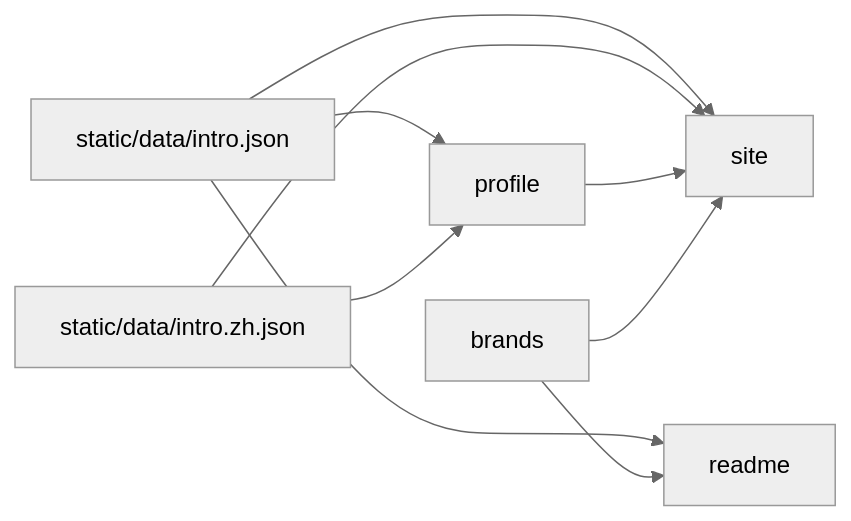
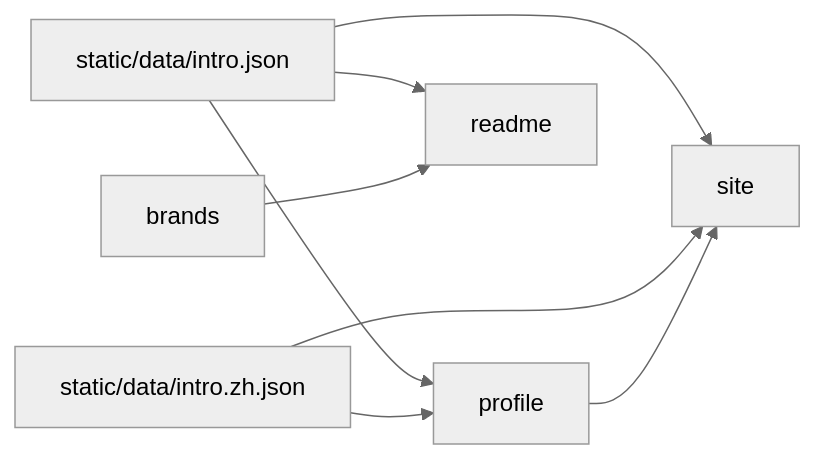
One commit to heyq02/heyq02 changed the diagram in architecture.md. Above: the diagram before and after it, drawn with Mermaid (neutral theme). The commit also changed other lines of this file and 46 other files, not shown here.

````diff
--- a/architecture.md
+++ b/architecture.md
@@ -17,17 +17,16 @@
 ```mermaid
 flowchart LR
   json["static/data/intro.json"]
   zh["static/data/intro.zh.json"]
   profile["profile"]
   brands["brands"]
   site["site"]
   readme["readme"]
   json --> profile
   zh --> profile
   json --> site
   zh --> site
   json --> readme
   profile --> site
-  brands --> site
   brands --> readme
 ```
````
